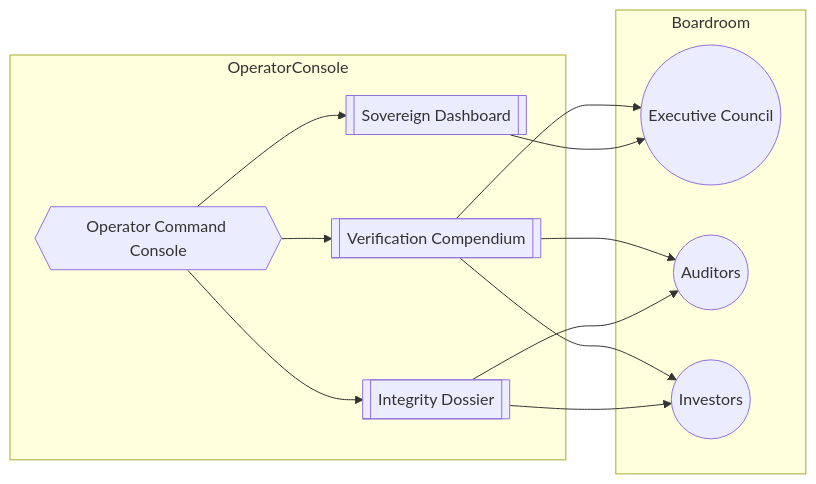
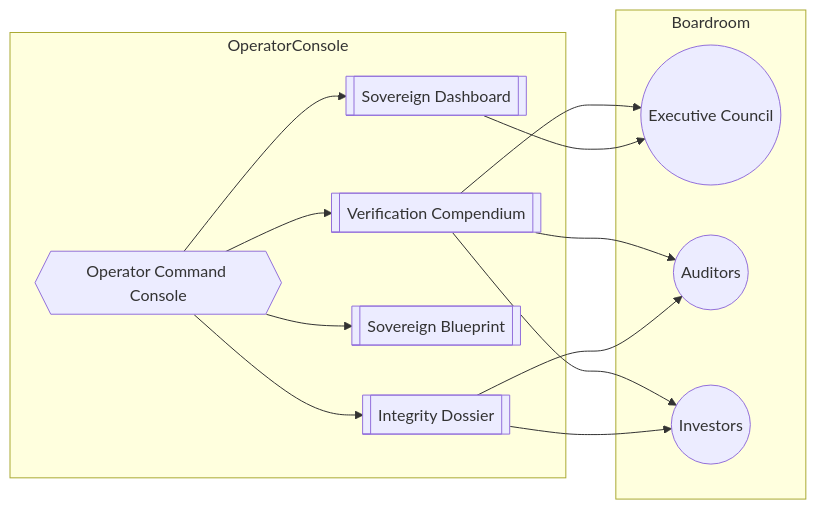
One commit to MontrealAI/AGIJobsv0 changed the fourth of 4 diagrams in demo/alpha-agi-mark/docs/operator-verification-compendium.md. Above: the diagram before and after it, drawn with Mermaid. The commit also changed 5 other files, not shown here.

Commit message:
Add sovereign blueprint export to alpha-agi-mark demo

````diff
--- a/demo/alpha-agi-mark/docs/operator-verification-compendium.md
+++ b/demo/alpha-agi-mark/docs/operator-verification-compendium.md
@@ -104,23 +104,25 @@
 ```mermaid
 flowchart LR
   subgraph Boardroom
     Execs((Executive Council))
     Aud((Auditors))
     Inv((Investors))
   end
   subgraph OperatorConsole
     Console{{Operator Command Console}}
     Compendium[[Verification Compendium]]
     Dashboard[[Sovereign Dashboard]]
+    Blueprint[[Sovereign Blueprint]]
     Integrity[[Integrity Dossier]]
   end
   Console --> Compendium
   Console --> Dashboard
+  Console --> Blueprint
   Console --> Integrity
   Compendium --> Execs
   Compendium --> Aud
   Compendium --> Inv
   Dashboard --> Execs
   Integrity --> Aud
   Integrity --> Inv
 ```
````
